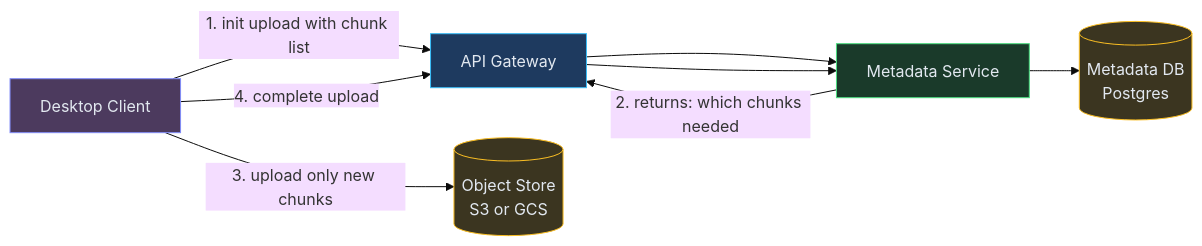
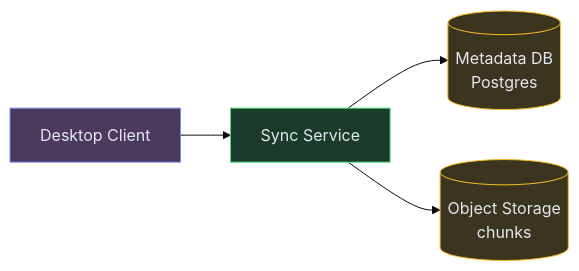
Before and after one commit to iluzn/HLD-Designs: the second of 4 diagrams in content/hld/Dropbox.md, drawn with Mermaid (base theme). The commit also changed other lines of this file and 8 other files, not shown here.

````diff
--- a/content/hld/Dropbox.md
+++ b/content/hld/Dropbox.md
@@ -165,21 +98,15 @@
 ```mermaid
 flowchart LR
     CLIENT["Desktop Client"]:::client
-    API["API Gateway"]:::edge
-    META["Metadata Service"]:::service
-    OBJSTORE[("Object Store<br/>S3 or GCS")]:::data
-    METADB[("Metadata DB<br/>Postgres")]:::data
+    API["Sync Service"]:::service
+    META[("Metadata DB<br/>Postgres")]:::data
+    S3[("Object Storage<br/>chunks")]:::data
 
-    CLIENT -->|"1. init upload with chunk list"| API
+    CLIENT --> API
     API --> META
-    META --> METADB
-    META -->|"2. returns: which chunks needed"| API
-    CLIENT -->|"3. upload only new chunks"| OBJSTORE
-    CLIENT -->|"4. complete upload"| API
-    API --> META
+    API --> S3
 
     classDef client fill:#4c3a5e,stroke:#818cf8,color:#e2e8f0
-    classDef edge fill:#1e3a5f,stroke:#38bdf8,color:#e2e8f0
     classDef service fill:#1a3a2a,stroke:#4ade80,color:#e2e8f0
     classDef data fill:#3b3520,stroke:#fbbf24,color:#e2e8f0
 ```
````
